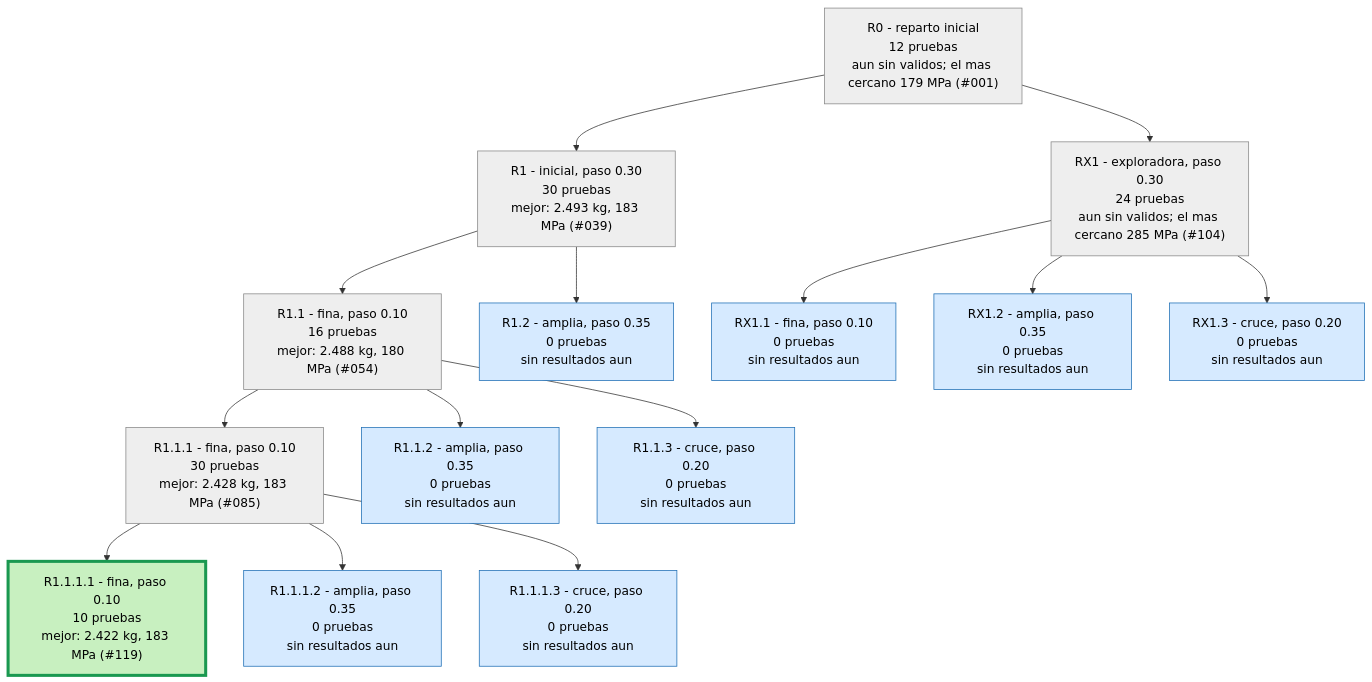
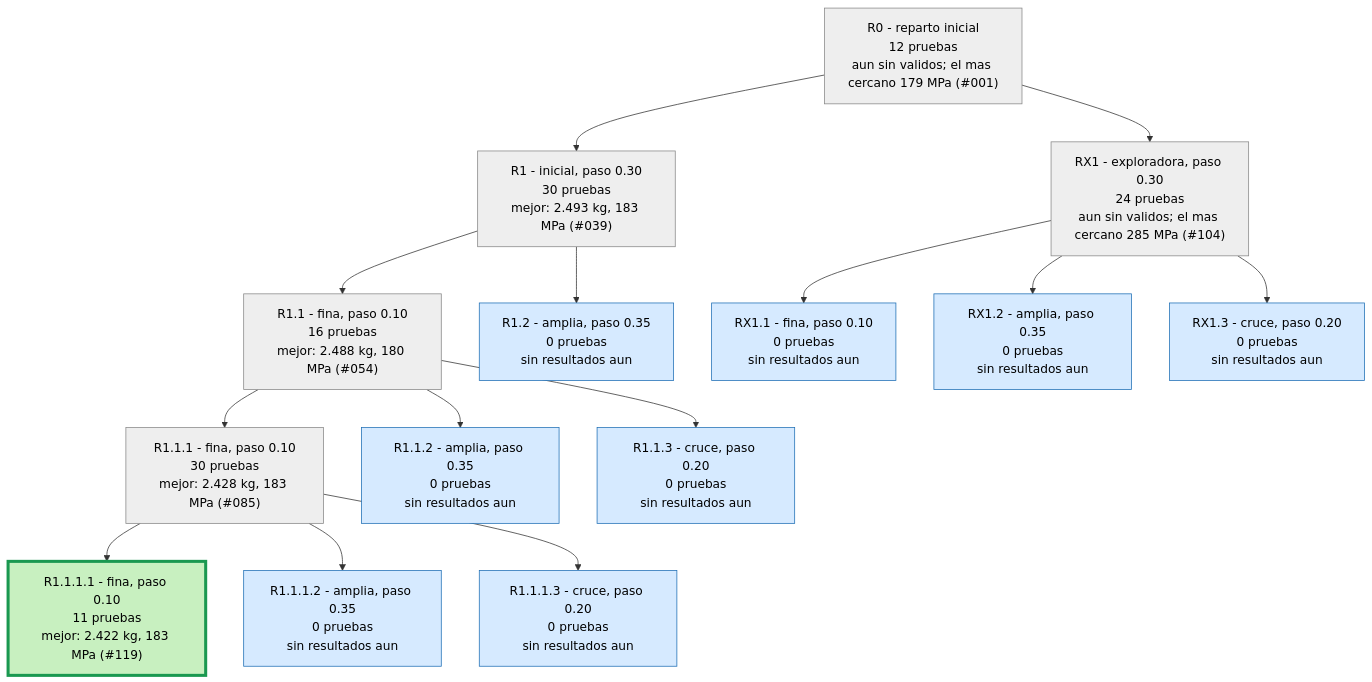
One commit to Hugiko/msd-soporte-optimizacion changed the second of 3 diagrams in runs/opt_37800N/ARBOL.md. Above: the diagram before and after it, drawn with Mermaid. The commit also changed 14 other files, not shown here.

````diff
--- a/runs/opt_37800N/ARBOL.md
+++ b/runs/opt_37800N/ARBOL.md
@@ -29,33 +29,33 @@
 ```mermaid
 graph TD
 classDef activa fill:#d6eaff,stroke:#1f6fb5,color:#000
 classDef fin fill:#eeeeee,stroke:#888,color:#000
 classDef mejor fill:#c8f0c0,stroke:#1a9850,stroke-width:4px,color:#000
 R0["R0 - reparto inicial<br/>12 pruebas<br/>aun sin validos; el mas cercano 179 MPa (#001)"]:::fin
 R1["R1 - inicial, paso 0.30<br/>30 pruebas<br/>mejor: 2.493 kg, 183 MPa (#039)"]:::fin
 R0 --> R1
 R1_1["R1.1 - fina, paso 0.10<br/>16 pruebas<br/>mejor: 2.488 kg, 180 MPa (#054)"]:::fin
 R1 --> R1_1
 R1_2["R1.2 - amplia, paso 0.35<br/>0 pruebas<br/>sin resultados aun"]:::activa
 R1 --> R1_2
 R1_1_1["R1.1.1 - fina, paso 0.10<br/>30 pruebas<br/>mejor: 2.428 kg, 183 MPa (#085)"]:::fin
 R1_1 --> R1_1_1
 R1_1_2["R1.1.2 - amplia, paso 0.35<br/>0 pruebas<br/>sin resultados aun"]:::activa
 R1_1 --> R1_1_2
 R1_1_3["R1.1.3 - cruce, paso 0.20<br/>0 pruebas<br/>sin resultados aun"]:::activa
 R1_1 --> R1_1_3
-R1_1_1_1["R1.1.1.1 - fina, paso 0.10<br/>10 pruebas<br/>mejor: 2.422 kg, 183 MPa (#119)"]:::mejor
+R1_1_1_1["R1.1.1.1 - fina, paso 0.10<br/>11 pruebas<br/>mejor: 2.422 kg, 183 MPa (#119)"]:::mejor
 R1_1_1 --> R1_1_1_1
 R1_1_1_2["R1.1.1.2 - amplia, paso 0.35<br/>0 pruebas<br/>sin resultados aun"]:::activa
 R1_1_1 --> R1_1_1_2
 R1_1_1_3["R1.1.1.3 - cruce, paso 0.20<br/>0 pruebas<br/>sin resultados aun"]:::activa
 R1_1_1 --> R1_1_1_3
 RX1["RX1 - exploradora, paso 0.30<br/>24 pruebas<br/>aun sin validos; el mas cercano 285 MPa (#104)"]:::fin
 R0 --> RX1
 RX1_1["RX1.1 - fina, paso 0.10<br/>0 pruebas<br/>sin resultados aun"]:::activa
 RX1 --> RX1_1
 RX1_2["RX1.2 - amplia, paso 0.35<br/>0 pruebas<br/>sin resultados aun"]:::activa
 RX1 --> RX1_2
 RX1_3["RX1.3 - cruce, paso 0.20<br/>0 pruebas<br/>sin resultados aun"]:::activa
 RX1 --> RX1_3
 ```
````
